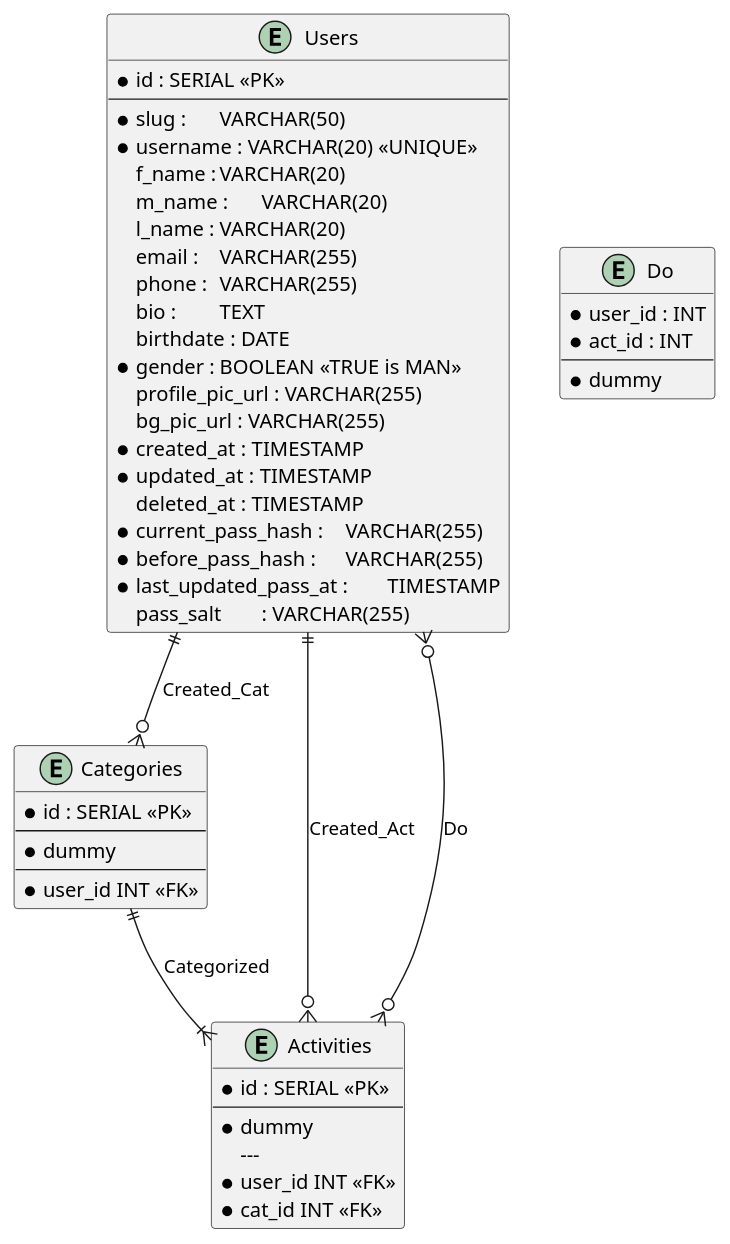
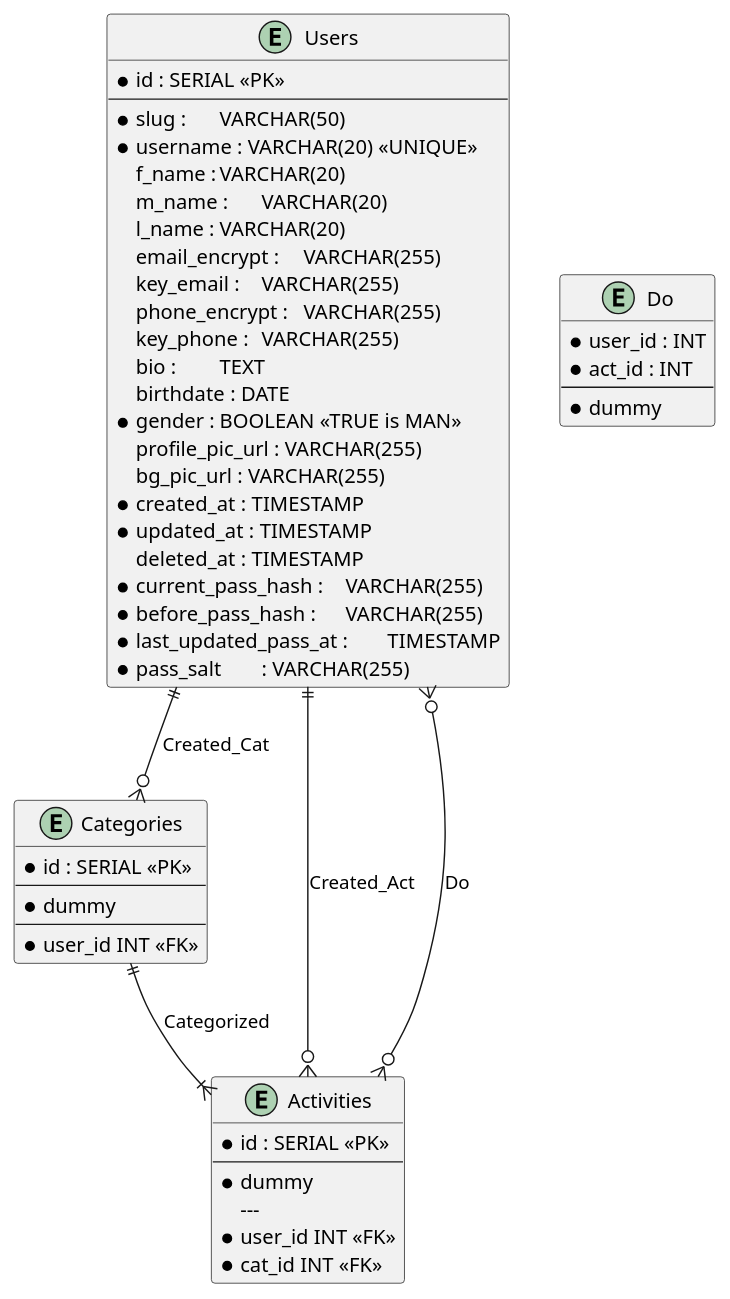
Before and after one commit to IbraSuraya/suraya: the diagram in db/ie.puml, drawn with PlantUML. The commit also changed 4 other files, not shown here.

Commit message:
migration setup users and dummy data (hash pass, email_encrypt, phone_encrypt) DONE

```diff
--- a/db/ie.puml
+++ b/db/ie.puml
@@ -1,54 +1,56 @@
 @startuml Entertaiment
 
 entity Users {
   * id : SERIAL <<PK>>
   ---
   * slug :	VARCHAR(50)
   * username : VARCHAR(20) <<UNIQUE>>
   f_name :	VARCHAR(20)
   m_name :	VARCHAR(20)
   l_name :	VARCHAR(20)
-  email :	VARCHAR(255)
-  phone :	VARCHAR(255)
+  email_encrypt :	VARCHAR(255)
+  key_email :	VARCHAR(255)
+  phone_encrypt :	VARCHAR(255)
+  key_phone :	VARCHAR(255)
   bio :		TEXT
   birthdate : DATE
   * gender :	BOOLEAN <<TRUE is MAN>>
   profile_pic_url : VARCHAR(255)
   bg_pic_url : VARCHAR(255)
   * created_at : TIMESTAMP
   * updated_at : TIMESTAMP
   deleted_at : TIMESTAMP
   * current_pass_hash :	VARCHAR(255)
   * before_pass_hash :	VARCHAR(255)
   * last_updated_pass_at :	TIMESTAMP
-  pass_salt	: VARCHAR(255)
+  * pass_salt	: VARCHAR(255)
 }
 entity Categories {
   * id : SERIAL <<PK>>
   ---
   * dummy
   ---
   * user_id INT <<FK>>
 }
 entity Activities {
   * id : SERIAL <<PK>>
   ---
   * dummy
     ---
   * user_id INT <<FK>>
   * cat_id INT <<FK>>
 }
 
 entity Do {
   * user_id : INT
   * act_id : INT
   ---
   * dummy
 }
 
 Users ||--o{ Categories : Created_Cat
 Users ||--o{ Activities : Created_Act
 Users }o--o{ Activities : Do
 Categories ||--|{ Activities : Categorized
 
 @enduml
```
